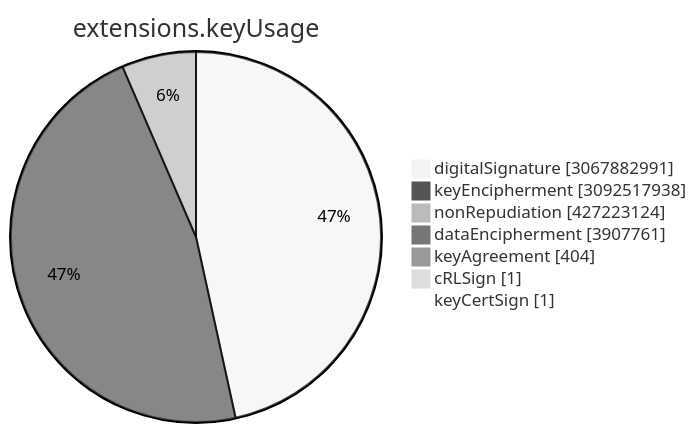
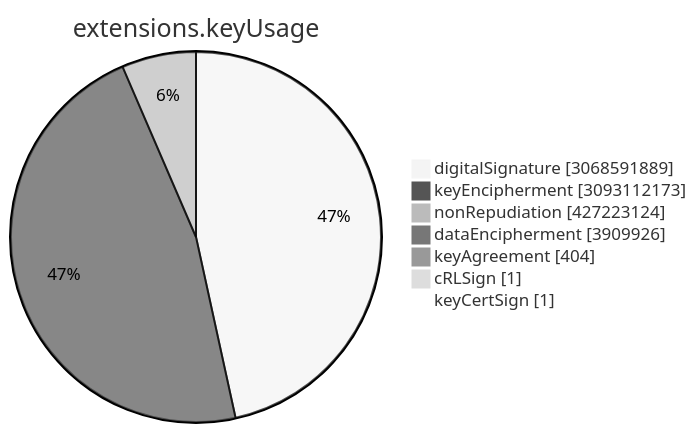
The sixth of 15 diagrams in TOTAL/README.md (christiankrug/ctmonitor_visualization), drawn with Mermaid (neutral theme) before and after one commit. The commit also changed other lines of this file, not shown here.

````diff
--- a/TOTAL/README.md
+++ b/TOTAL/README.md
@@ -3077,11 +3077,11 @@
 ```mermaid
 pie showData
 title extensions.keyUsage
-"digitalSignature" :3067882991
-"keyEncipherment" :3092517938
+"digitalSignature" :3068591889
+"keyEncipherment" :3093112173
 "nonRepudiation" :427223124
-"dataEncipherment" :3907761
+"dataEncipherment" :3909926
 "keyAgreement" :404
 "cRLSign" :1
 "keyCertSign" :1
 ```
````
